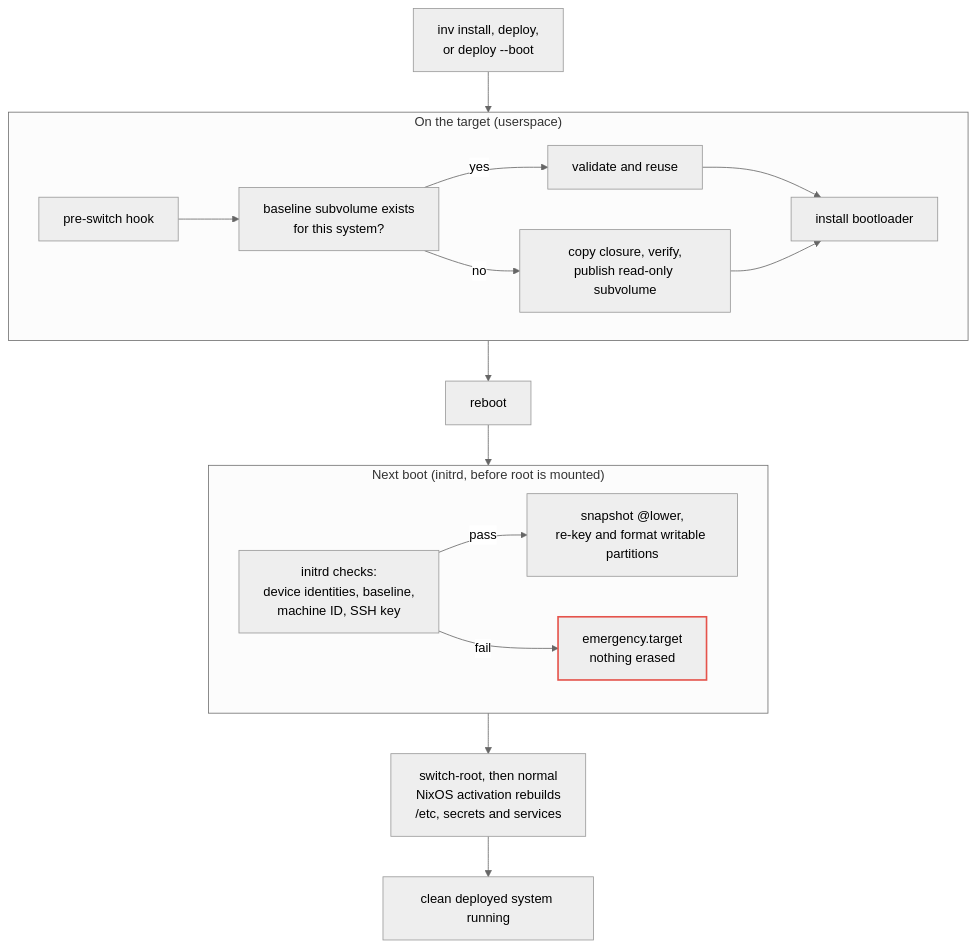
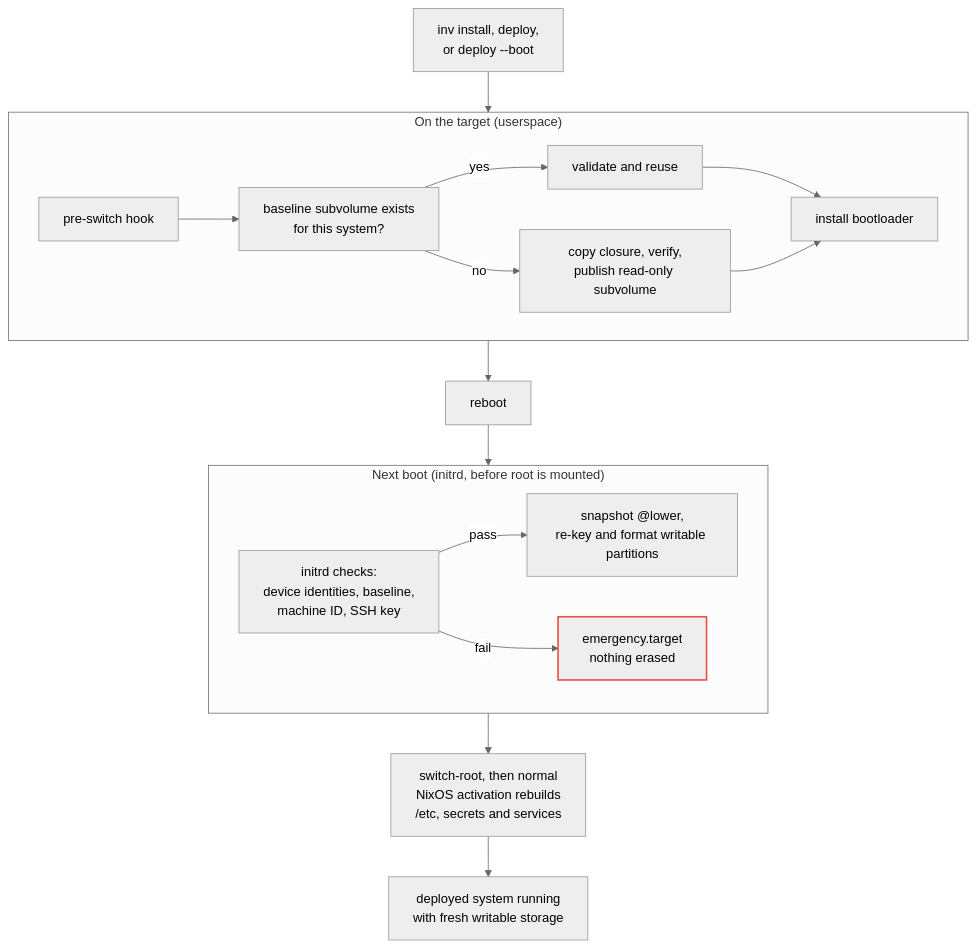
Before and after one commit to tiiuae/ghaf-infra: the diagram in docs/baseline-reset.md, drawn with Mermaid (neutral theme). The commit also changed other lines of this file and 1 other file, not shown here.

````diff
--- a/docs/baseline-reset.md
+++ b/docs/baseline-reset.md
@@ -136,28 +137,28 @@
 ```mermaid
 flowchart TD
   A["inv install, deploy,<br/>or deploy --boot"] --> B
 
   subgraph SAVE ["On the target (userspace)"]
     direction LR
     B["pre-switch hook"] --> C["baseline subvolume exists<br/>for this system?"]
     C -- yes --> D["validate and reuse"]
     C -- no --> E["copy closure, verify,<br/>publish read-only subvolume"]
     D --> H["install bootloader"]
     E --> H
   end
 
   H --> R["reboot"]
   R --> J
 
   subgraph BOOT ["Next boot (initrd, before root is mounted)"]
     direction LR
     J["initrd checks:<br/>device identities, baseline,<br/>machine ID, SSH key"] -- pass --> K["snapshot @lower,<br/>re-key and format writable partitions"]
     J -- fail --> L["emergency.target<br/>nothing erased"]
   end
 
   K --> N["switch-root, then normal<br/>NixOS activation rebuilds<br/>/etc, secrets and services"]
-  N --> M["clean deployed system running"]
+  N --> M["deployed system running<br/>with fresh writable storage"]
 
   classDef failure stroke:#e5534b,stroke-width:2px
   class L failure
 ```
````
